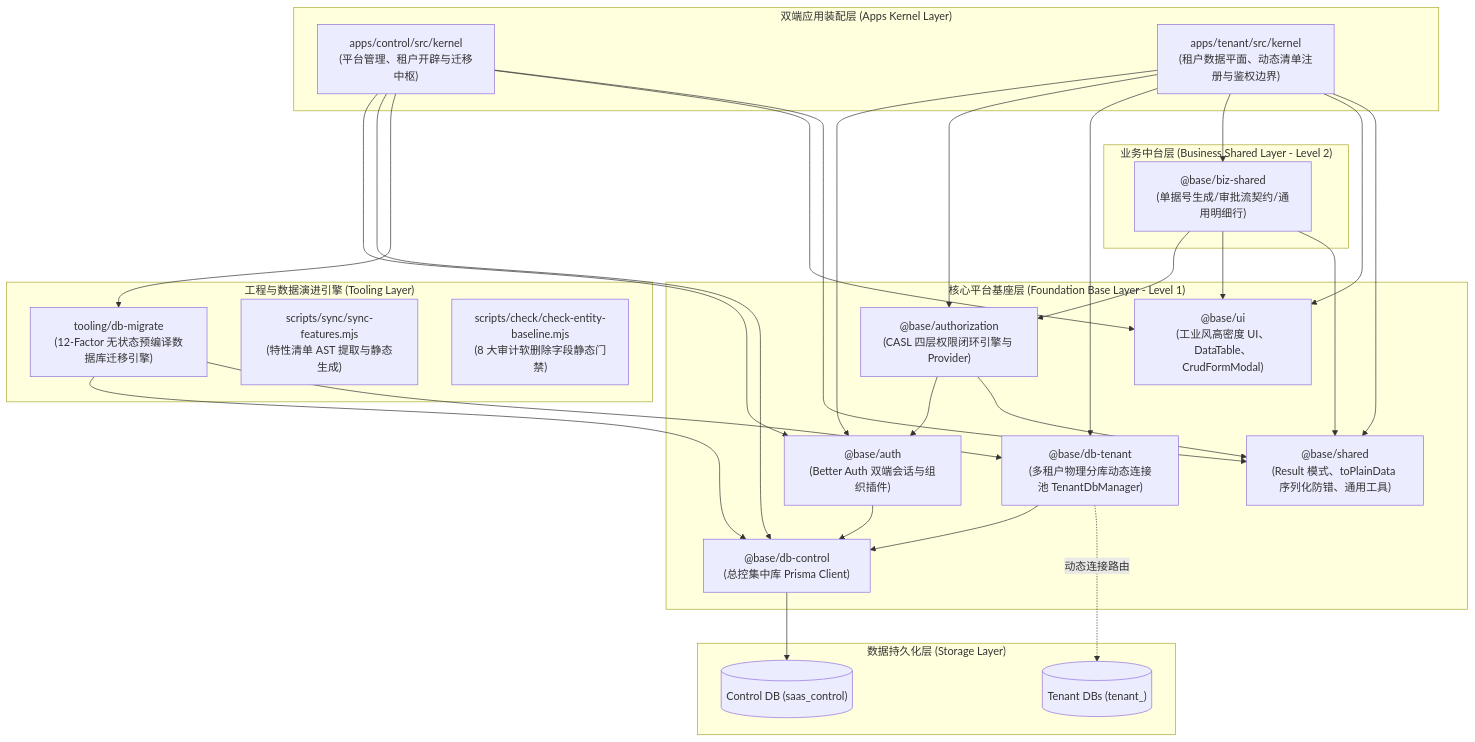
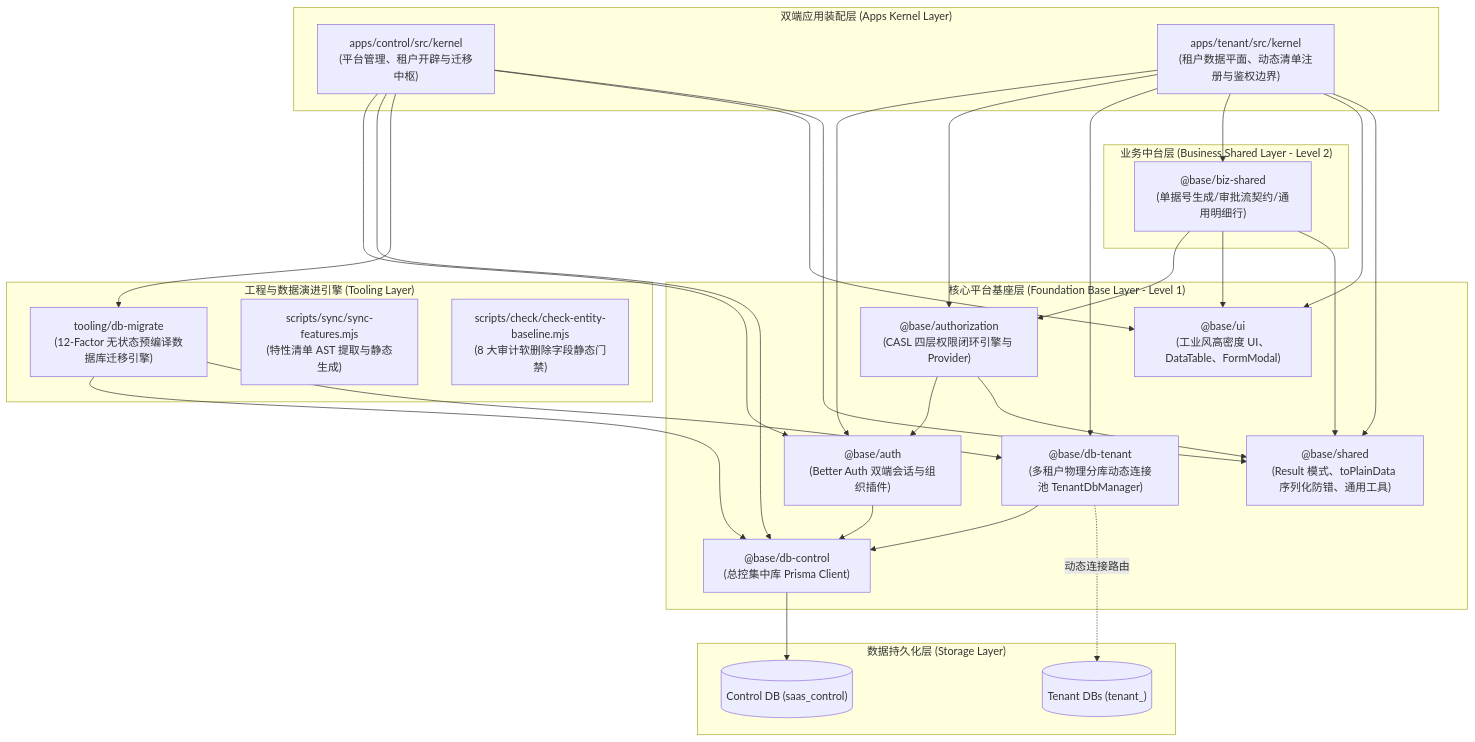
The diagram in .agents/skills/next-saas-base-dev/references/8-base-infrastructure.md (leohu25/ActivityReservation), drawn with Mermaid before and after one commit. The commit also changed other lines of this file and 104 other files, not shown here.

````diff
--- a/.agents/skills/next-saas-base-dev/references/8-base-infrastructure.md
+++ b/.agents/skills/next-saas-base-dev/references/8-base-infrastructure.md
@@ -11,41 +11,41 @@
 ```mermaid
 graph TD
     subgraph Apps["双端应用装配层 (Apps Kernel Layer)"]
         ControlApp["apps/control/src/kernel<br>(平台管理、租户开辟与迁移中枢)"]
         TenantApp["apps/tenant/src/kernel<br>(租户数据平面、动态清单注册与鉴权边界)"]
     end
 
     subgraph BizShared["业务中台层 (Business Shared Layer - Level 2)"]
         BizSharedPkg["@base/biz-shared<br>(单据号生成/审批流契约/通用明细行)"]
     end
 
     subgraph Foundation["核心平台基座层 (Foundation Base Layer - Level 1)"]
         AuthCore["@base/auth<br>(Better Auth 双端会话与组织插件)"]
         AuthzCore["@base/authorization<br>(CASL 四层权限闭环引擎与 Provider)"]
         DBControl["@base/db-control<br>(总控集中库 Prisma Client)"]
         DBTenant["@base/db-tenant<br>(多租户物理分库动态连接池 TenantDbManager)"]
-        UI["@base/ui<br>(工业风高密度 UI、DataTable、CrudFormModal)"]
+        UI["@base/ui<br>(工业风高密度 UI、DataTable、FormModal)"]
         Shared["@base/shared<br>(Result 模式、toPlainData 序列化防错、通用工具)"]
     end
 
     subgraph Tooling["工程与数据演进引擎 (Tooling Layer)"]
         DBMigrate["tooling/db-migrate<br>(12-Factor 无状态预编译数据库迁移引擎)"]
         SyncFeatures["scripts/sync/sync-features.mjs<br>(特性清单 AST 提取与静态生成)"]
         CheckBaseline["scripts/check/check-entity-baseline.mjs<br>(8 大审计软删除字段静态门禁)"]
     end
 
     subgraph Storage["数据持久化层 (Storage Layer)"]
         ControlDB[("Control DB (saas_control)")]
         TenantDBs[("Tenant DBs (tenant_<slug>)")]
     end
 
     ControlApp --> AuthCore & DBControl & DBMigrate & UI & Shared
     TenantApp --> AuthCore & AuthzCore & DBTenant & BizSharedPkg & UI & Shared
     BizSharedPkg --> AuthzCore & UI & Shared
     AuthCore --> DBControl
     AuthzCore --> AuthCore & Shared
     DBTenant --> DBControl
     DBControl --> ControlDB
     DBTenant -.->|动态连接路由| TenantDBs
     DBMigrate --> DBControl & DBTenant
 ```
````
